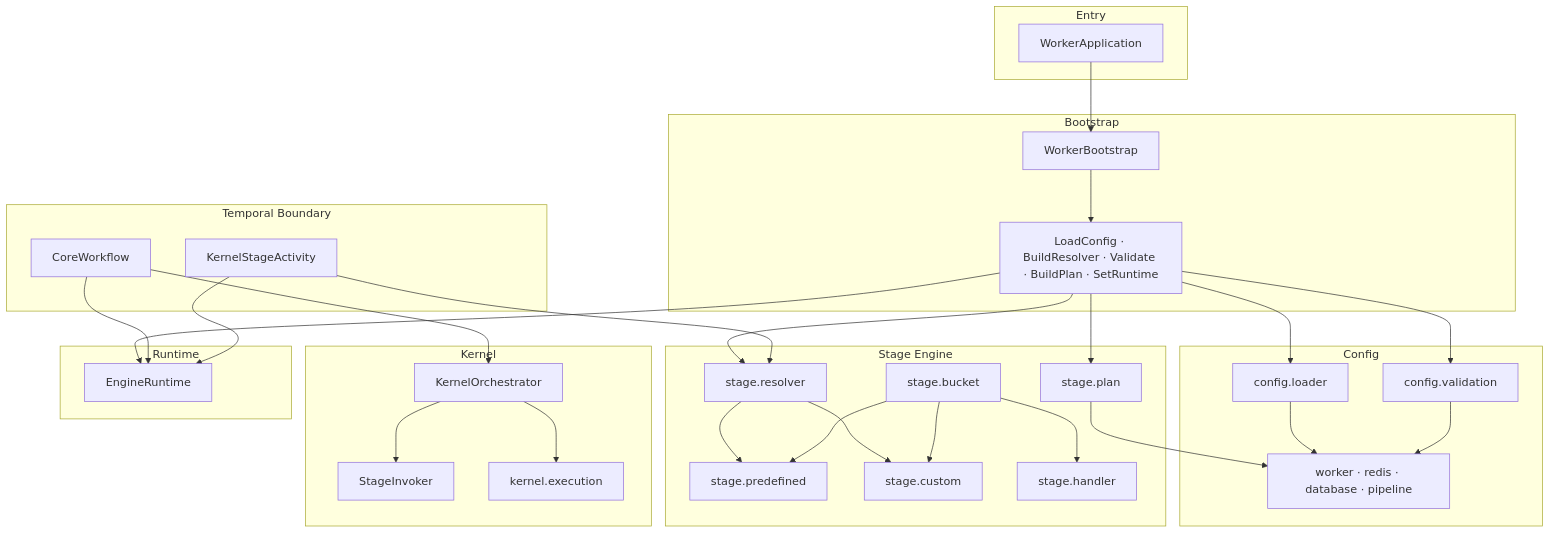
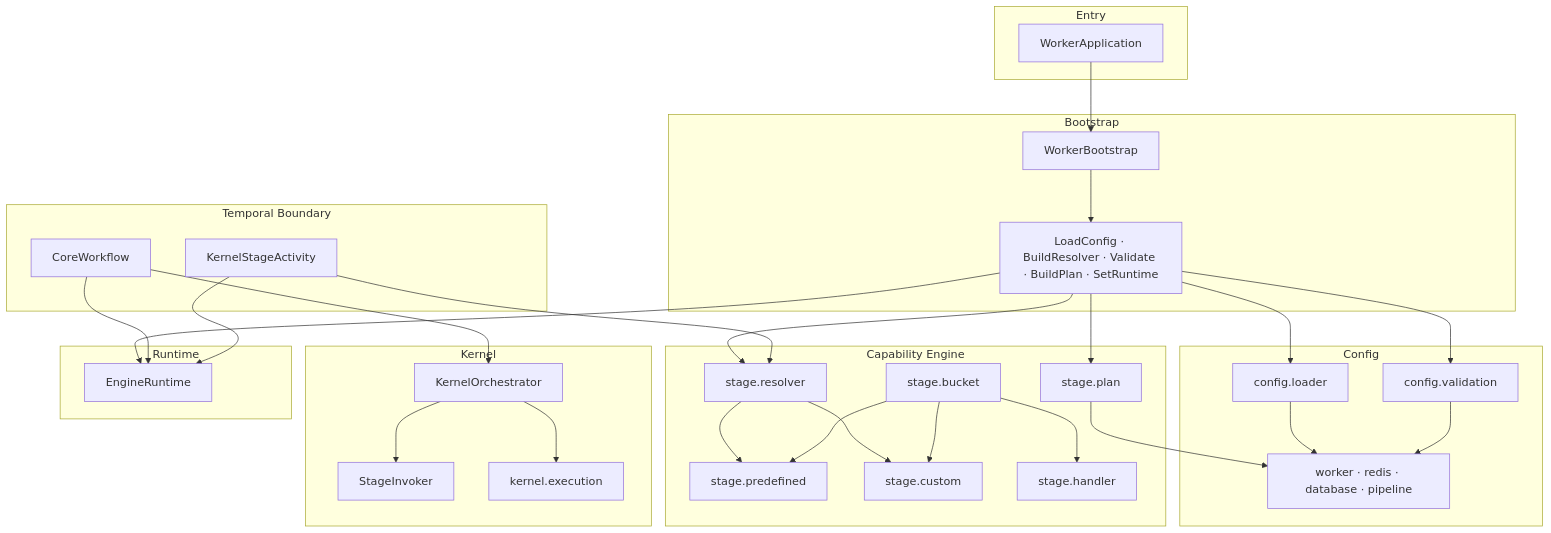
One commit to OpenLLMOrchestrator/Open-LLM-Orchestrator-Worker changed the second of 7 diagrams in docs/architecture.md. Above: the diagram before and after it, drawn with Mermaid. The commit also changed other lines of this file and 193 other files, not shown here.

````diff
--- a/docs/architecture.md
+++ b/docs/architecture.md
@@ -39,65 +39,65 @@
 ```mermaid
 flowchart TB
     subgraph Entry["Entry"]
         WorkerApp[WorkerApplication]
     end
 
     subgraph Bootstrap["Bootstrap"]
         WB[WorkerBootstrap]
         Steps[LoadConfig · BuildResolver · Validate · BuildPlan · SetRuntime]
     end
 
     subgraph Config["Config"]
         Loader[config.loader]
         Validation[config.validation]
         DTOs[worker · redis · database · pipeline]
     end
 
-    subgraph Stage["Stage Engine"]
+    subgraph Capability["Capability Engine"]
         Plan[stage.plan]
         Predefined[stage.predefined]
         Custom[stage.custom]
         Resolver[stage.resolver]
         Bucket[stage.bucket]
         Handlers[stage.handler]
     end
 
     subgraph Kernel["Kernel"]
         Orch[KernelOrchestrator]
         Invoker[StageInvoker]
         Exec[kernel.execution]
     end
 
     subgraph Runtime["Runtime"]
         EngineRuntime[EngineRuntime]
     end
 
     subgraph TemporalBoundary["Temporal Boundary"]
         Workflow[CoreWorkflow]
         Activity[KernelStageActivity]
     end
 
     WorkerApp --> WB
     WB --> Steps
     Steps --> Loader
     Steps --> Validation
     Steps --> Plan
     Steps --> Resolver
     Steps --> EngineRuntime
 
     Loader --> DTOs
     Validation --> DTOs
     Plan --> DTOs
     Resolver --> Predefined
     Resolver --> Custom
     Bucket --> Predefined
     Bucket --> Custom
     Bucket --> Handlers
 
     Workflow --> EngineRuntime
     Workflow --> Orch
     Orch --> Exec
     Orch --> Invoker
     Activity --> EngineRuntime
     Activity --> Resolver
 ```
````
